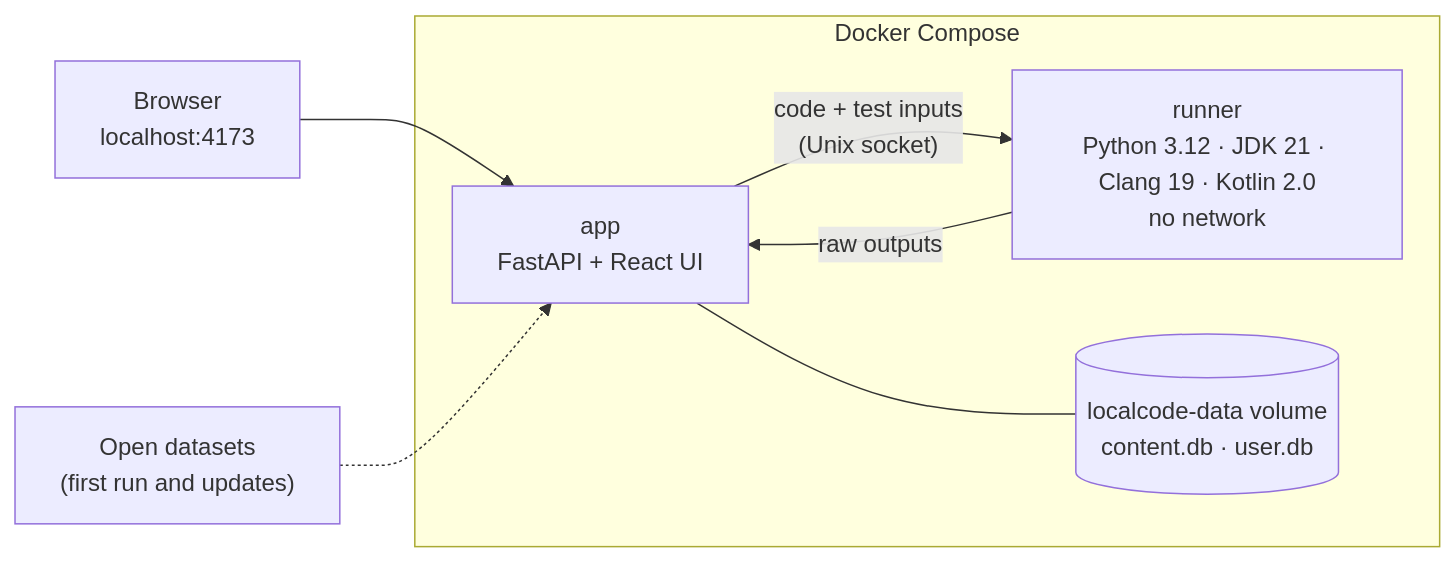
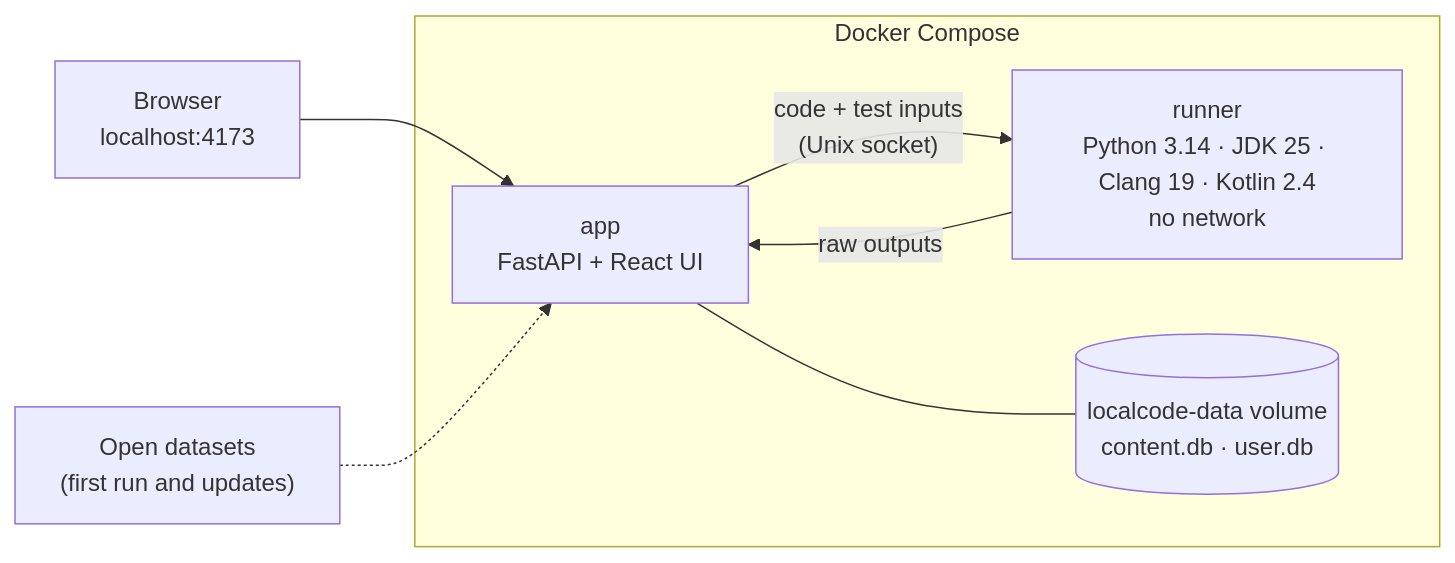
The first of 2 diagrams in README.md (RyPope/localcode), drawn with Mermaid before and after one commit. The commit also changed other lines of this file and 12 other files, not shown here.

First line of the commit message:
build: upgrade judge toolchains to Python 3.14, Java 25 and Kotlin 2.4 (#25)

````diff
--- a/README.md
+++ b/README.md
@@ -93,13 +93,13 @@
 ```mermaid
 flowchart LR
     B["Browser<br/>localhost:4173"] --> A
     subgraph Docker["Docker Compose"]
         A["app<br/>FastAPI + React UI"]
-        R["runner<br/>Python 3.12 · JDK 21 · Clang 19 · Kotlin 2.0<br/>no network"]
+        R["runner<br/>Python 3.14 · JDK 25 · Clang 19 · Kotlin 2.4<br/>no network"]
         D[("localcode-data volume<br/>content.db · user.db")]
         A -- "code + test inputs<br/>(Unix socket)" --> R
         R -- "raw outputs" --> A
         A --- D
     end
     S["Open datasets<br/>(first run and updates)"] -.-> A
 ```
````
